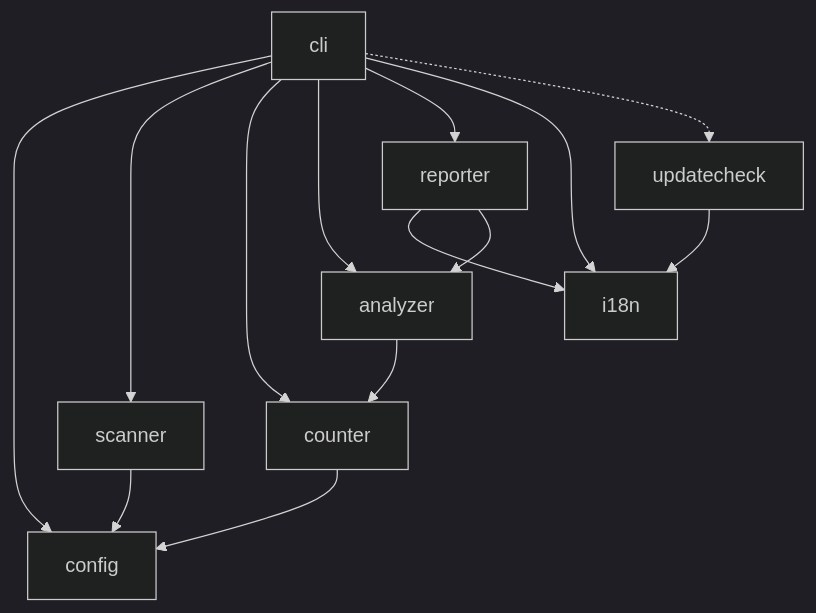
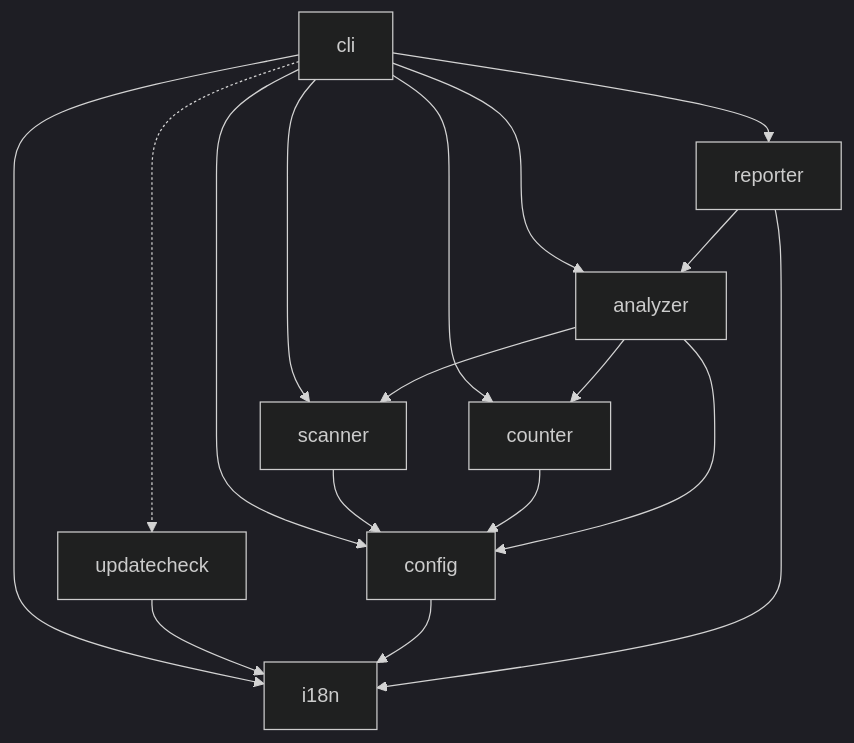
Before and after one commit to ousiassllc/Linterly: the first of 3 diagrams in docs/components/overview.md, drawn with Mermaid (dark theme). The commit also changed other lines of this file, not shown here.

Commit message:
docs: コンポーネント設計の依存・scanner・counter・config・updatecheck を実装に合わせて更新（#48, #49, #52, #56, #61, #62, #66）

````diff
--- a/docs/components/overview.md
+++ b/docs/components/overview.md
@@ -5,25 +5,28 @@
 ```mermaid
 graph TD
     CLI["cli"]
     Config["config"]
     Scanner["scanner"]
     Counter["counter"]
     Analyzer["analyzer"]
     Reporter["reporter"]
     I18n["i18n"]
     UC["updatecheck"]
 
     CLI --> Config
     CLI --> Scanner
     CLI --> Counter
     CLI --> Analyzer
     CLI --> Reporter
     CLI --> I18n
     CLI -.-> UC
     UC --> I18n
     Scanner --> Config
     Counter --> Config
+    Analyzer --> Config
+    Analyzer --> Scanner
     Analyzer --> Counter
+    Config --> I18n
     Reporter --> I18n
     Reporter --> Analyzer
 ```
````
